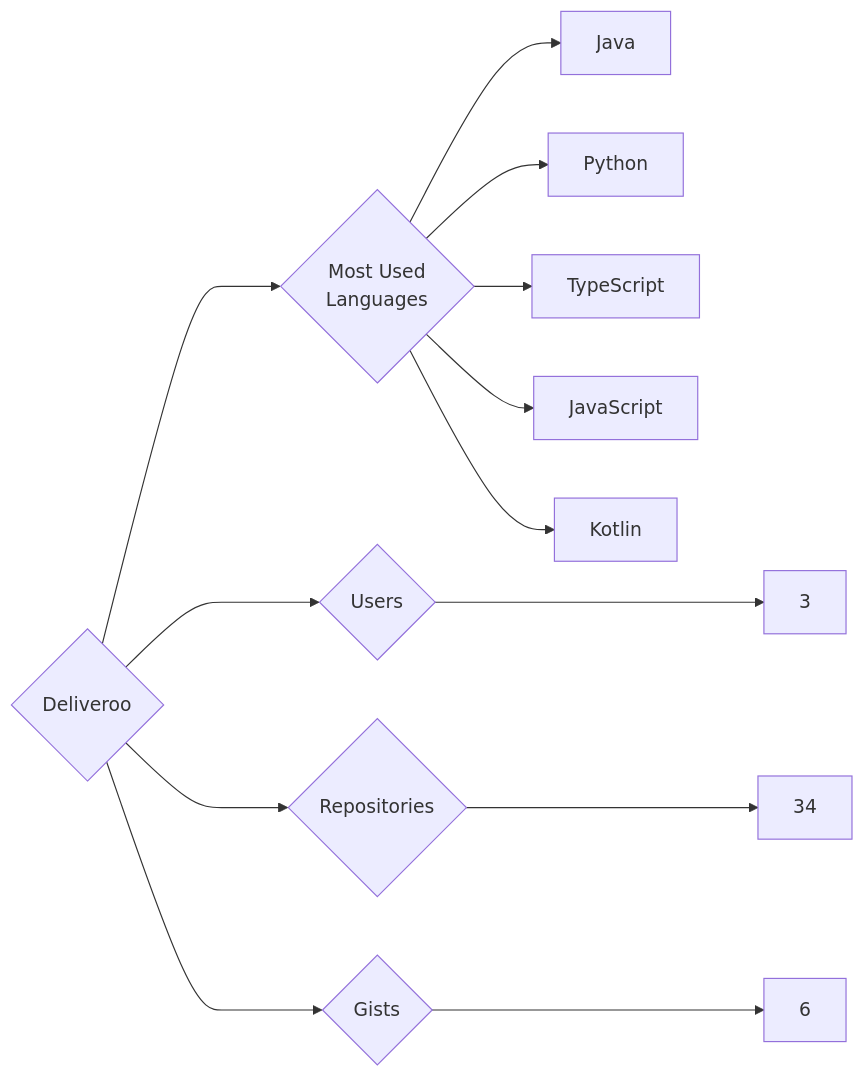
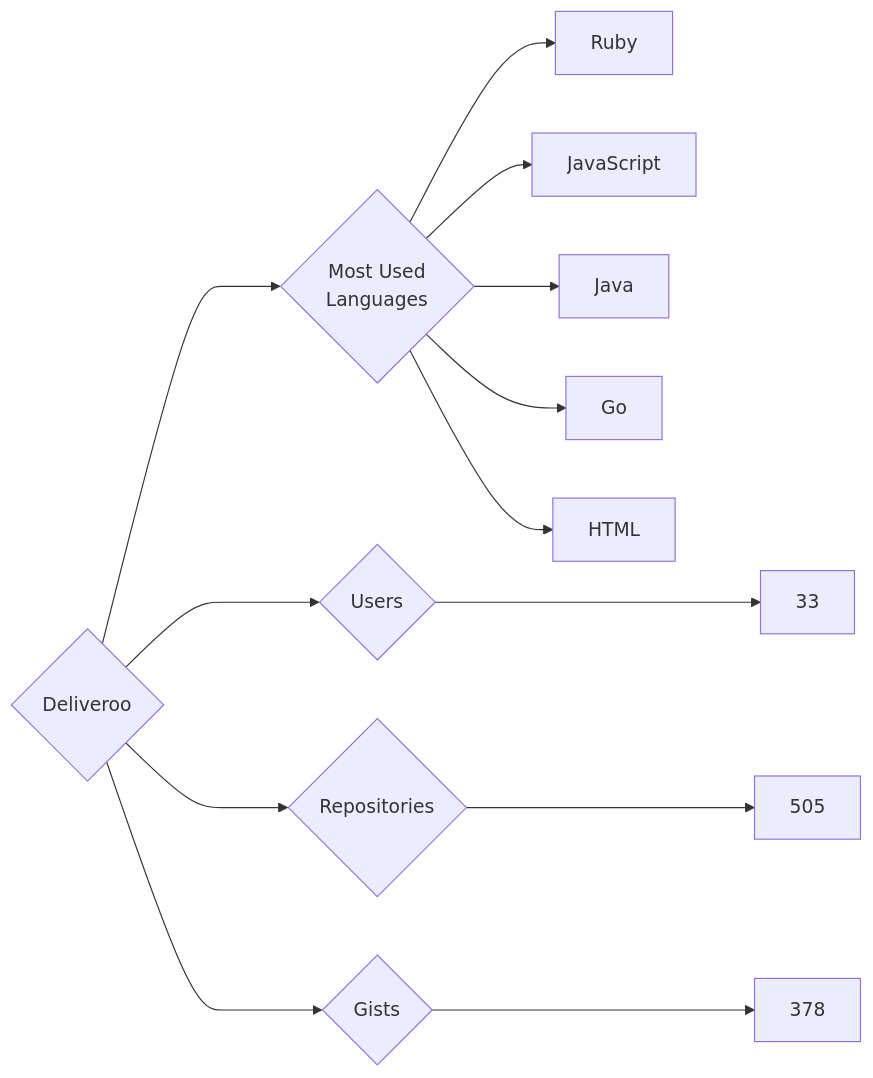
One commit to trickest/insiders changed the diagram in targets/Deliveroo/README.md. Above: the diagram before and after it, drawn with Mermaid. The commit also changed 935 other files, not shown here.

````diff
--- a/targets/Deliveroo/README.md
+++ b/targets/Deliveroo/README.md
@@ -3,13 +3,13 @@
 ```mermaid
 graph LR
 COMPANY_NAME{Deliveroo}
-COMPANY_NAME ---> U{Users} ---> UN[3]
-COMPANY_NAME ---> R{Repositories} ---> RN[34]
-COMPANY_NAME ---> G{Gists} ---> GN[6]
+COMPANY_NAME ---> U{Users} ---> UN[33]
+COMPANY_NAME ---> R{Repositories} ---> RN[505]
+COMPANY_NAME ---> G{Gists} ---> GN[378]
 COMPANY_NAME ---> ML{Most Used<br>Languages}
+ML --> Ruby[Ruby]
+ML --> JavaScript[JavaScript]
 ML --> Java[Java]
-ML --> Python[Python]
-ML --> TypeScript[TypeScript]
-ML --> JavaScript[JavaScript]
-ML --> Kotlin[Kotlin]
+ML --> Go[Go]
+ML --> HTML[HTML]
 ```
````
